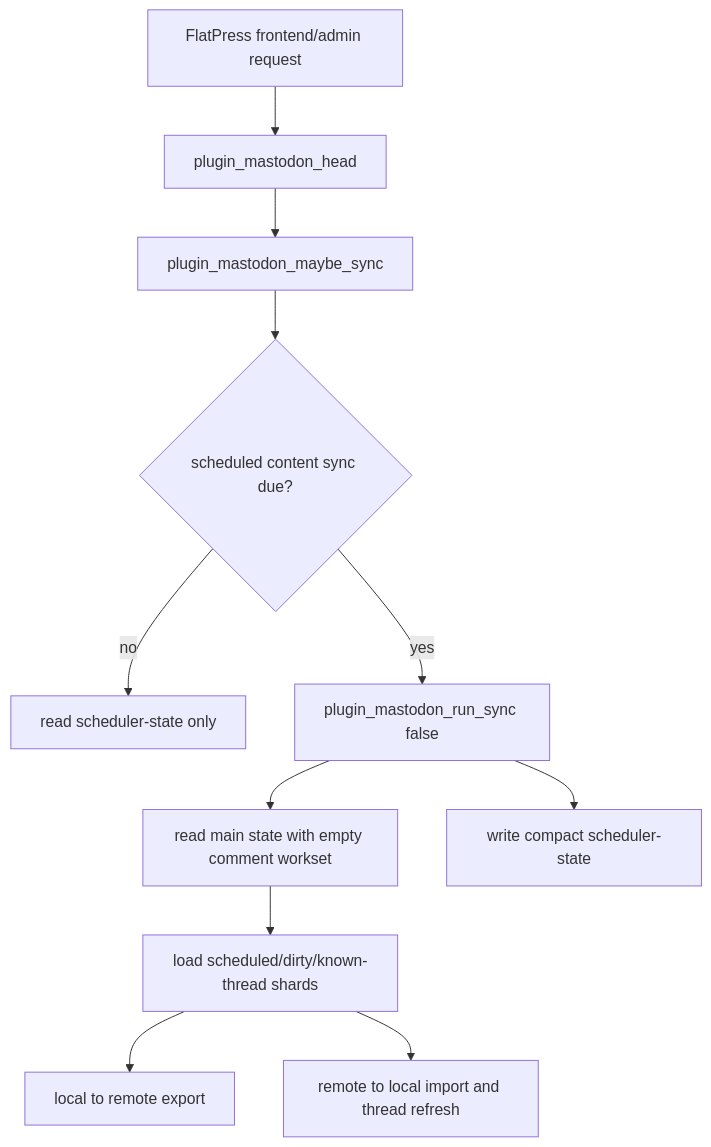
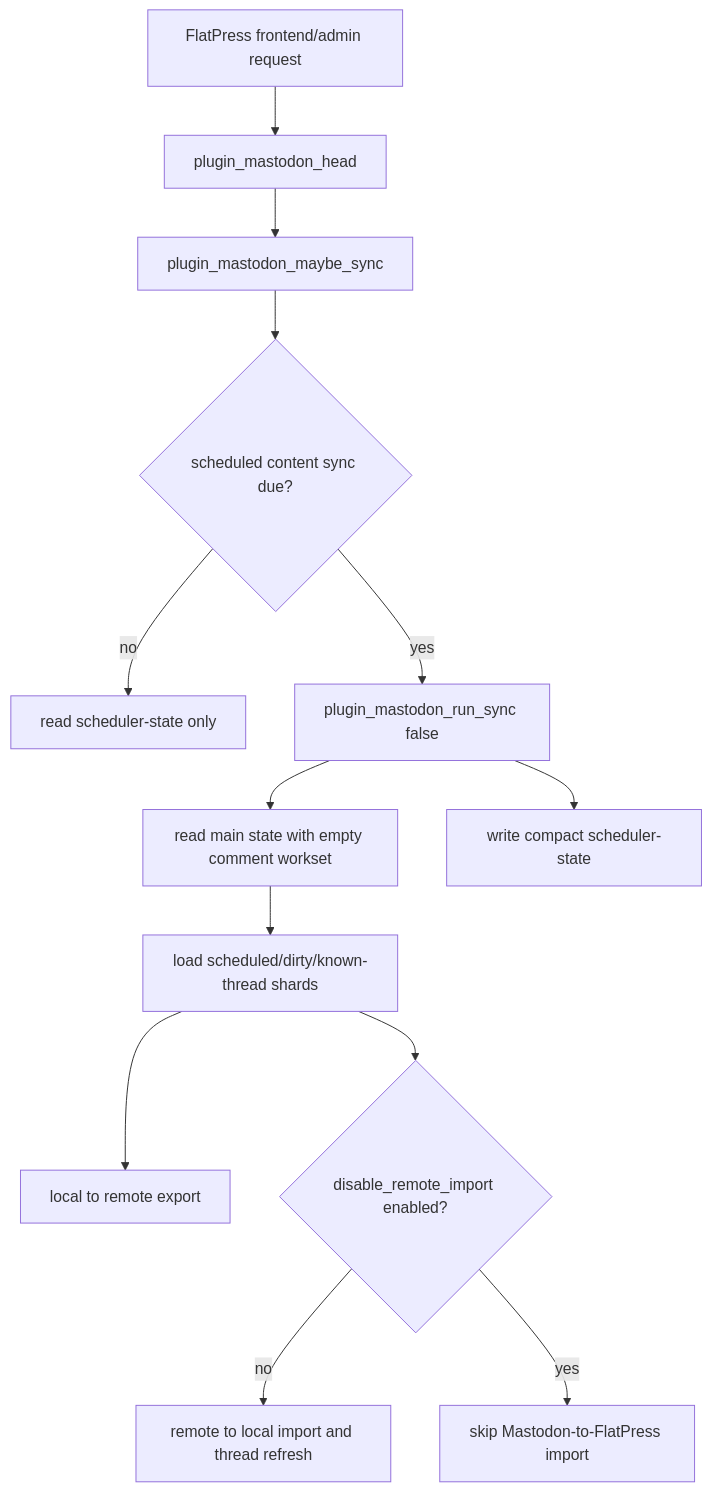
Before and after one commit to flatpressblog/flatpress: the first of 6 diagrams in fp-plugins/mastodon/developer-docs/07-Function-Organigram.md, drawn with Mermaid. The commit also changed other lines of this file and 26 other files, not shown here.

First line of the commit message:
Matodon update to version 2.6.0 | optional one-way mode

````diff
--- a/fp-plugins/mastodon/developer-docs/07-Function-Organigram.md
+++ b/fp-plugins/mastodon/developer-docs/07-Function-Organigram.md
@@ -61,13 +61,15 @@
 ```mermaid
 flowchart TD
 	Front[FlatPress frontend/admin request] --> Head[plugin_mastodon_head]
 	Head --> Maybe[plugin_mastodon_maybe_sync]
 	Maybe --> Due{scheduled content sync due?}
 	Due -- no --> Fast[read scheduler-state only]
 	Due -- yes --> Run[plugin_mastodon_run_sync false]
 	Run --> EmptyState[read main state with empty comment workset]
 	EmptyState --> Workset[load scheduled/dirty/known-thread shards]
 	Workset --> LocalRemote[local to remote export]
-	Workset --> RemoteLocal[remote to local import and thread refresh]
+	Workset --> OneWay{disable_remote_import enabled?}
+	OneWay -- no --> RemoteLocal[remote to local import and thread refresh]
+	OneWay -- yes --> SkipRemote[skip Mastodon-to-FlatPress import]
 	Run --> Scheduler[write compact scheduler-state]
 ```
````
